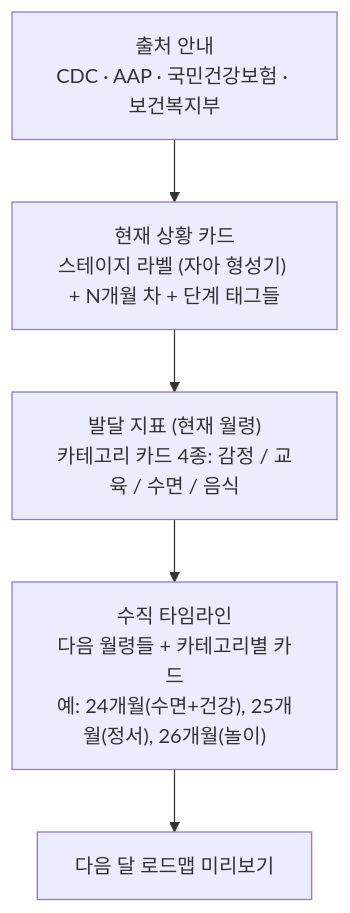
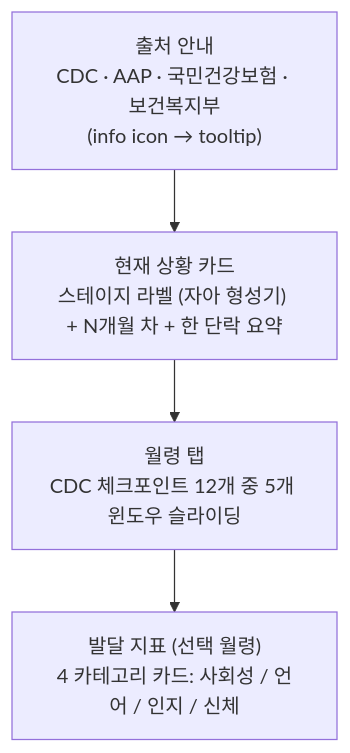
The first of 2 diagrams in docs/schema/04-roadmap.md (four-lovely-fairies/yougabell), drawn with Mermaid before and after one commit. The commit also changed other lines of this file, not shown here.

First line of the commit message:
docs(schema): MilestoneCategory 4종(CDC 영역)으로 갱신

````diff
--- a/docs/schema/04-roadmap.md
+++ b/docs/schema/04-roadmap.md
@@ -11,10 +11,9 @@
 ```mermaid
 flowchart TB
-    Source["출처 안내<br/>CDC · AAP · 국민건강보험 · 보건복지부"]
-    Current["현재 상황 카드<br/>스테이지 라벨 (자아 형성기) + N개월 차 + 단계 태그들"]
-    Indicators["발달 지표 (현재 월령)<br/>카테고리 카드 4종: 감정 / 교육 / 수면 / 음식"]
-    Timeline["수직 타임라인<br/>다음 월령들 + 카테고리별 카드<br/>예: 24개월(수면+건강), 25개월(정서), 26개월(놀이)"]
-    CTA["다음 달 로드맵 미리보기"]
+    Source["출처 안내<br/>CDC · AAP · 국민건강보험 · 보건복지부<br/>(info icon → tooltip)"]
+    Current["현재 상황 카드<br/>스테이지 라벨 (자아 형성기) + N개월 차 + 한 단락 요약"]
+    Tabs["월령 탭<br/>CDC 체크포인트 12개 중 5개 윈도우 슬라이딩"]
+    Indicators["발달 지표 (선택 월령)<br/>4 카테고리 카드: 사회성 / 언어 / 인지 / 신체"]
 
-    Source --> Current --> Indicators --> Timeline --> CTA
+    Source --> Current --> Tabs --> Indicators
 ```
````
